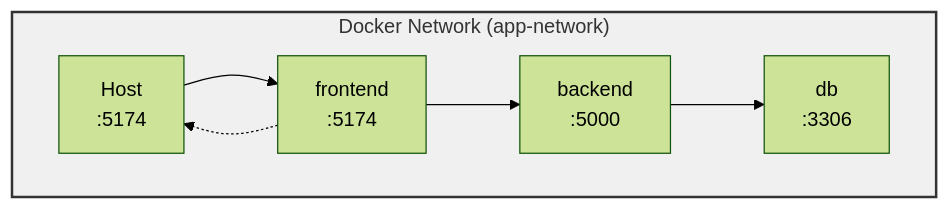
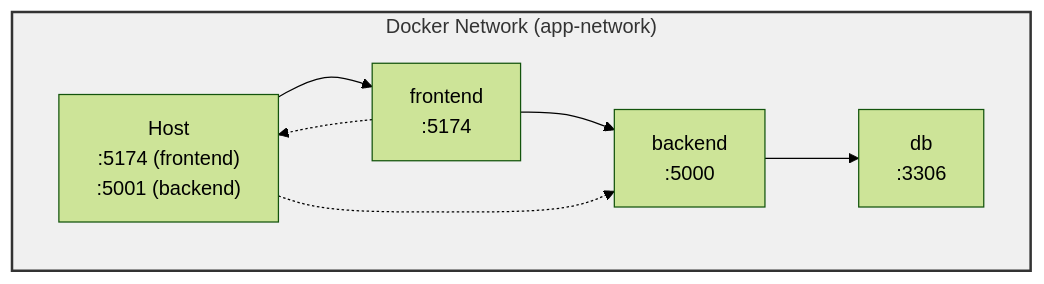
Before and after one commit to TomokiIshimine/fullstack-agent-app-with-claude: the second of 4 diagrams in docs/01_system-architecture.md, drawn with Mermaid (forest theme). The commit also changed other lines of this file and 9 other files, not shown here.

````diff
--- a/docs/01_system-architecture.md
+++ b/docs/01_system-architecture.md
@@ -324,18 +324,19 @@
 ```mermaid
 graph TB
-    Host["Host<br/>:5174"]
+    Host["Host<br/>:5174 (frontend)<br/>:5001 (backend)"]
 
     subgraph Docker["Docker Network (app-network)"]
         Frontend["frontend<br/>:5174"]
         Backend["backend<br/>:5000"]
         DB["db<br/>:3306"]
 
         Frontend --> Backend
         Backend --> DB
         Frontend -.-> Host
     end
 
     Host --> Frontend
+    Host -.-> Backend
 
     style Docker fill:#f0f0f0,stroke:#333,stroke-width:2px
 ```
````
